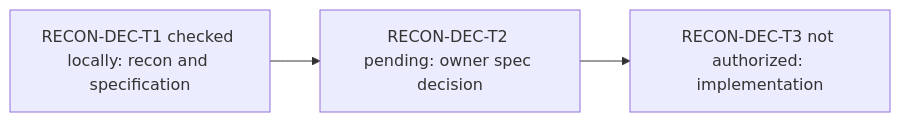
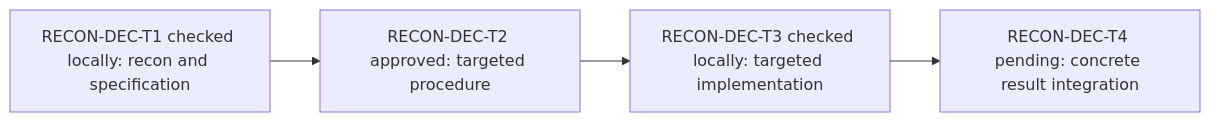
Before and after one commit to dm-uy/galaxica-sombrero: the first of 6 diagrams in examples/pm-project/ROADMAP.md, drawn with Mermaid. The commit also changed other lines of this file and 94 other files, not shown here.

Commit message:
Improve RECON fork review and owner launch permission without full feature-dev

````diff
--- a/examples/pm-project/ROADMAP.md
+++ b/examples/pm-project/ROADMAP.md
@@ -7,5 +7,6 @@
 ```mermaid
 flowchart LR
-  RD1["RECON-DEC-T1 checked locally: recon and specification"] --> RD2["RECON-DEC-T2 pending: owner spec decision"]
-  RD2 --> RD3["RECON-DEC-T3 not authorized: implementation"]
+  RD1["RECON-DEC-T1 checked locally: recon and specification"] --> RD2["RECON-DEC-T2 approved: targeted procedure"]
+  RD2 --> RD3["RECON-DEC-T3 checked locally: targeted implementation"]
+  RD3 --> RD4["RECON-DEC-T4 pending: concrete result integration"]
 ```
````
